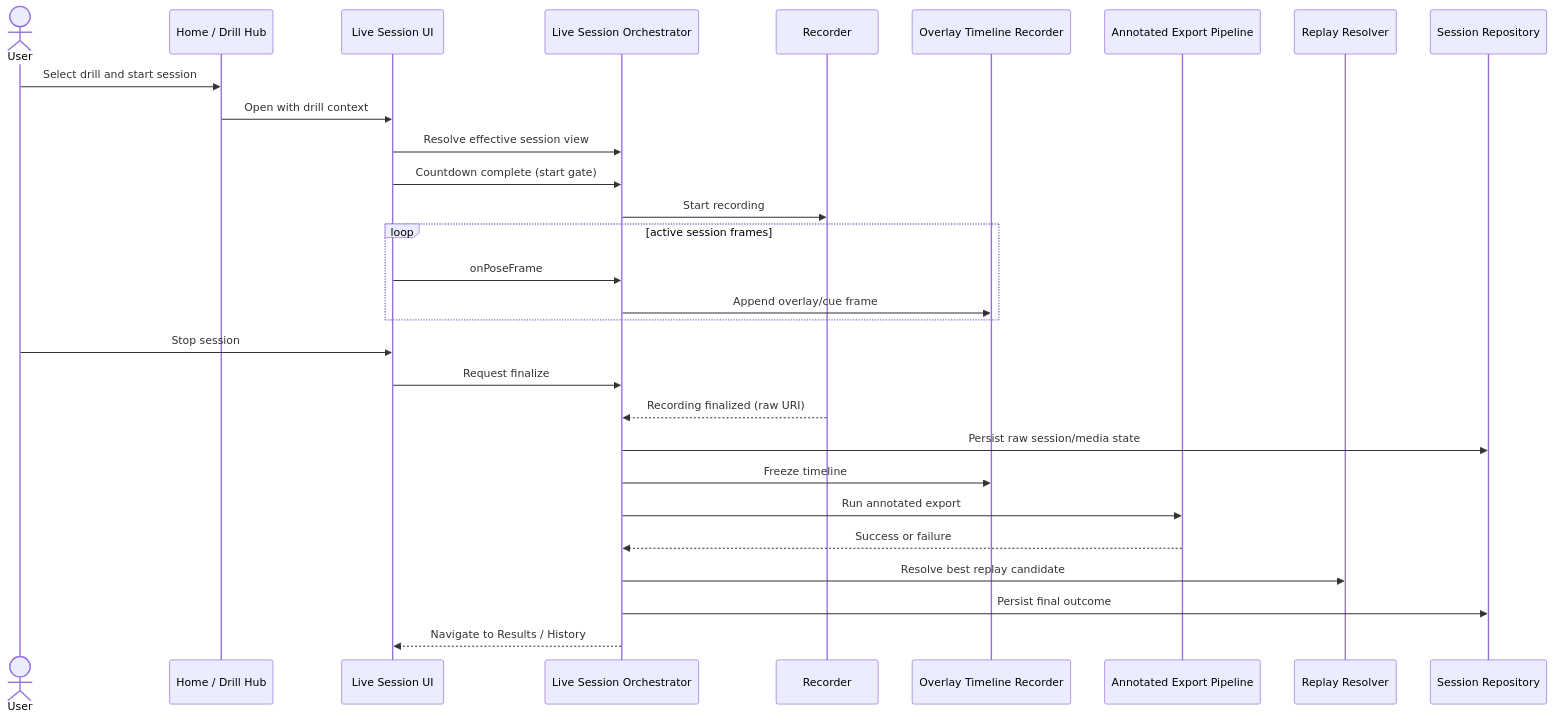
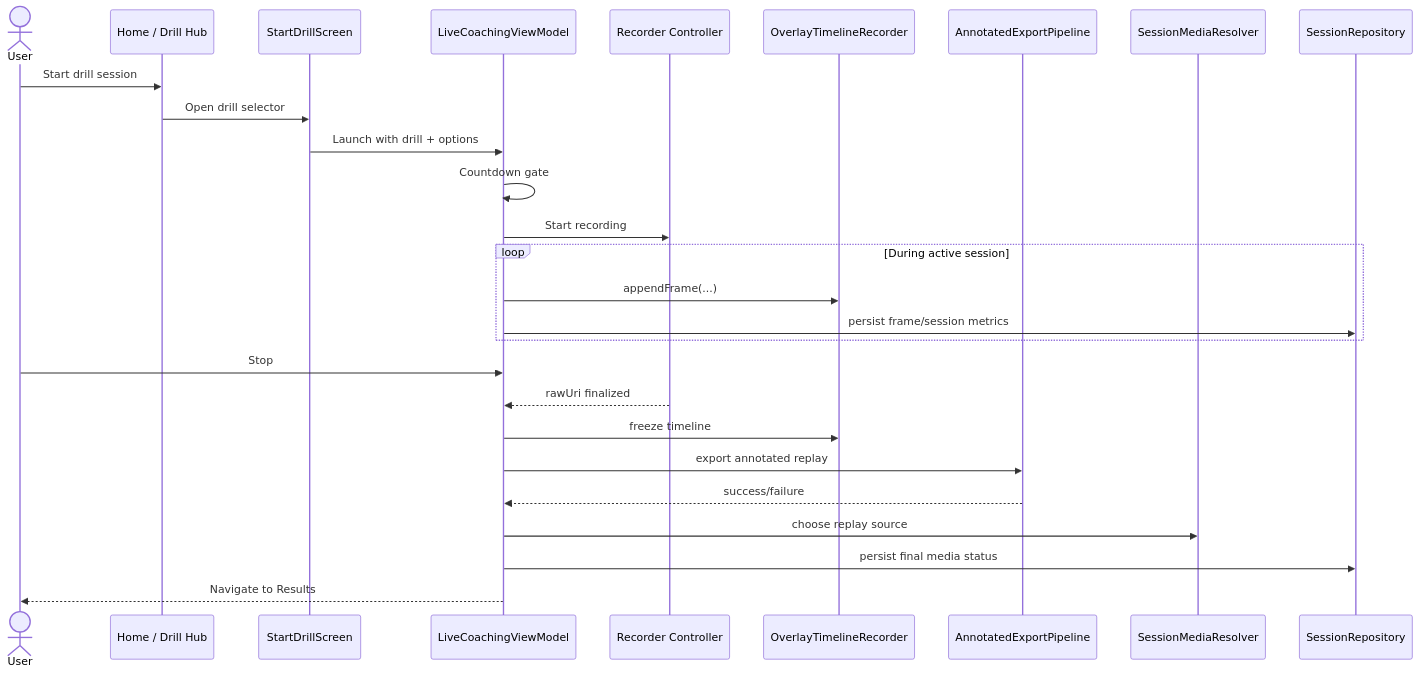
One commit to Voycepeh/CaliVision changed the diagram in docs/diagrams/sequence-live-session.md. Above: the diagram before and after it, drawn with Mermaid. The commit also changed other lines of this file and 16 other files, not shown here.

````diff
--- a/docs/diagrams/sequence-live-session.md
+++ b/docs/diagrams/sequence-live-session.md
@@ -3,32 +3,32 @@
 ```mermaid
 sequenceDiagram
     actor User
-    participant HUB as Home / Drill Hub
-    participant LIVEUI as Live Session UI
-    participant ORCH as Live Session Orchestrator
-    participant REC as Recorder
-    participant OVR as Overlay Timeline Recorder
-    participant EXP as Annotated Export Pipeline
-    participant RES as Replay Resolver
-    participant REPO as Session Repository
+    participant Home as Home / Drill Hub
+    participant Start as StartDrillScreen
+    participant LiveVM as LiveCoachingViewModel
+    participant Recorder as Recorder Controller
+    participant Timeline as OverlayTimelineRecorder
+    participant Export as AnnotatedExportPipeline
+    participant Resolver as SessionMediaResolver
+    participant Repo as SessionRepository
 
-    User->>HUB: Select drill and start session
-    HUB->>LIVEUI: Open with drill context
-    LIVEUI->>ORCH: Resolve effective session view
-    LIVEUI->>ORCH: Countdown complete (start gate)
-    ORCH->>REC: Start recording
-    loop active session frames
-      LIVEUI->>ORCH: onPoseFrame
-      ORCH->>OVR: Append overlay/cue frame
+    User->>Home: Start drill session
+    Home->>Start: Open drill selector
+    Start->>LiveVM: Launch with drill + options
+    LiveVM->>LiveVM: Countdown gate
+    LiveVM->>Recorder: Start recording
+
+    loop During active session
+      LiveVM->>Timeline: appendFrame(...)
+      LiveVM->>Repo: persist frame/session metrics
     end
-    User->>LIVEUI: Stop session
-    LIVEUI->>ORCH: Request finalize
-    REC-->>ORCH: Recording finalized (raw URI)
-    ORCH->>REPO: Persist raw session/media state
-    ORCH->>OVR: Freeze timeline
-    ORCH->>EXP: Run annotated export
-    EXP-->>ORCH: Success or failure
-    ORCH->>RES: Resolve best replay candidate
-    ORCH->>REPO: Persist final outcome
-    ORCH-->>LIVEUI: Navigate to Results / History
+
+    User->>LiveVM: Stop
+    Recorder-->>LiveVM: rawUri finalized
+    LiveVM->>Timeline: freeze timeline
+    LiveVM->>Export: export annotated replay
+    Export-->>LiveVM: success/failure
+    LiveVM->>Resolver: choose replay source
+    LiveVM->>Repo: persist final media status
+    LiveVM-->>User: Navigate to Results
 ```
````
